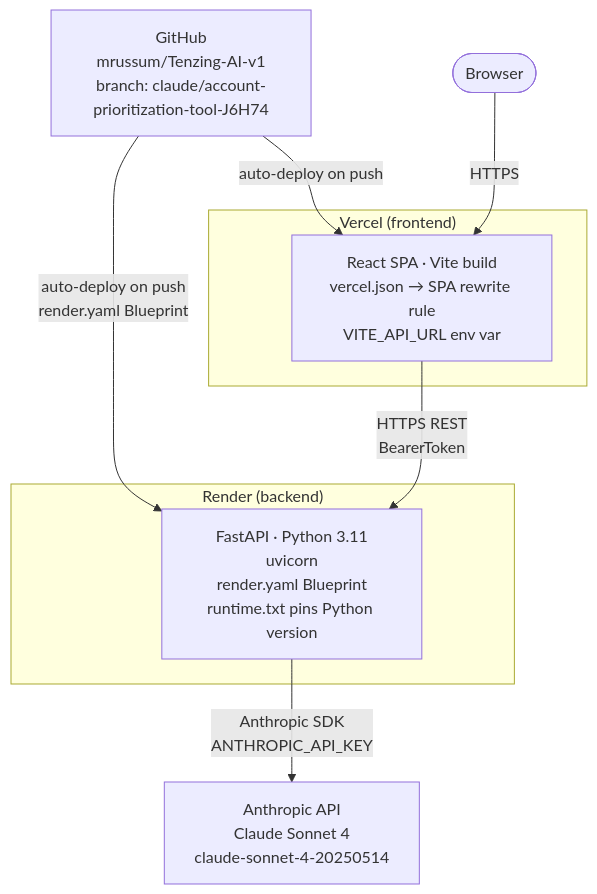
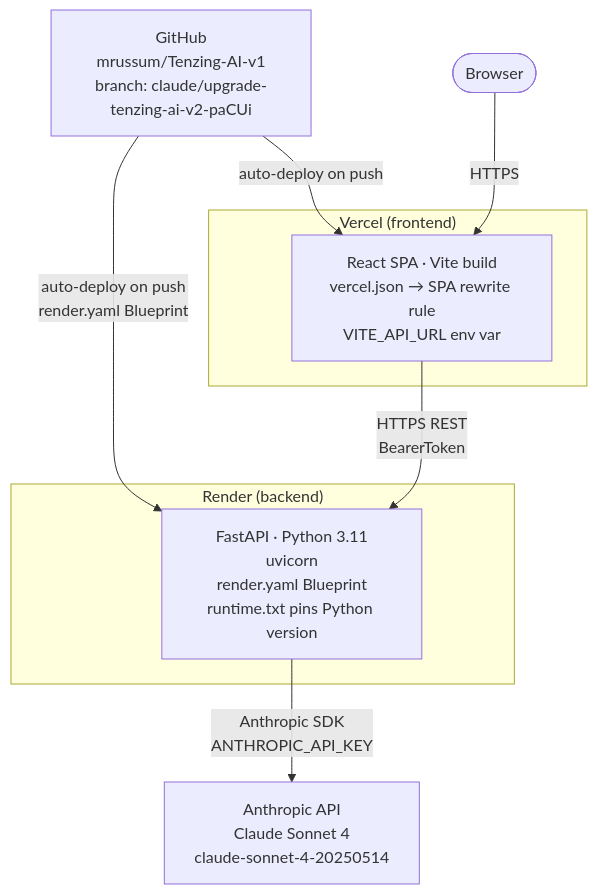
The sixth of 6 diagrams in DIAGRAMS.md (mrussum/Tenzing-AI-v1), drawn with Mermaid before and after one commit. The commit also changed other lines of this file and 6 other files, not shown here.

````diff
--- a/DIAGRAMS.md
+++ b/DIAGRAMS.md
@@ -213,21 +213,21 @@
 ```mermaid
 graph TB
-    GH["GitHub\nmrussum/Tenzing-AI-v1\nbranch: claude/account-prioritization-tool-J6H74"]
+    GH["GitHub\nmrussum/Tenzing-AI-v1\nbranch: claude/upgrade-tenzing-ai-v2-paCUi"]
 
     subgraph Render["Render  (backend)"]
         BE["FastAPI · Python 3.11\nuvicorn\nrender.yaml Blueprint\nruntime.txt pins Python version"]
     end
 
     subgraph Vercel["Vercel  (frontend)"]
         FE["React SPA · Vite build\nvercel.json → SPA rewrite rule\nVITE_API_URL env var"]
     end
 
     ANT["Anthropic API\nClaude Sonnet 4\nclaude-sonnet-4-20250514"]
     USR(["Browser"])
 
     GH  -->|"auto-deploy on push\nrender.yaml Blueprint"| BE
     GH  -->|"auto-deploy on push"| FE
     FE  -->|"HTTPS REST\nBearerToken"| BE
     BE  -->|"Anthropic SDK\nANTHROPIC_API_KEY"| ANT
     USR -->|"HTTPS"| FE
 ```
````
